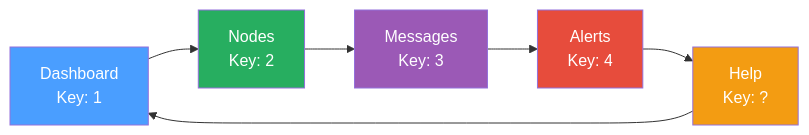
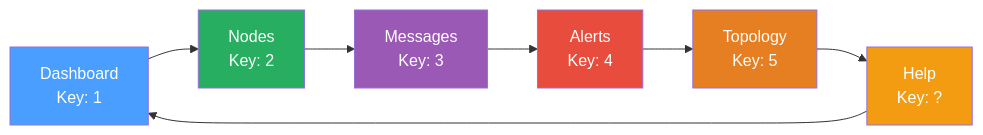
Before and after one commit to Nursedude/meshing_around_meshforge: the fourth of 4 diagrams in README.md, drawn with Mermaid. The commit also changed other lines of this file, not shown here.

````diff
--- a/README.md
+++ b/README.md
@@ -351,14 +402,16 @@
 ```mermaid
 graph LR
     D[Dashboard<br/>Key: 1] --> N[Nodes<br/>Key: 2]
     N --> M[Messages<br/>Key: 3]
     M --> A[Alerts<br/>Key: 4]
-    A --> H[Help<br/>Key: ?]
+    A --> T[Topology<br/>Key: 5]
+    T --> H[Help<br/>Key: ?]
     H --> D
 
     style D fill:#4a9eff,color:#fff
     style N fill:#27ae60,color:#fff
     style M fill:#9b59b6,color:#fff
     style A fill:#e74c3c,color:#fff
+    style T fill:#e67e22,color:#fff
     style H fill:#f39c12,color:#fff
 ```
````
